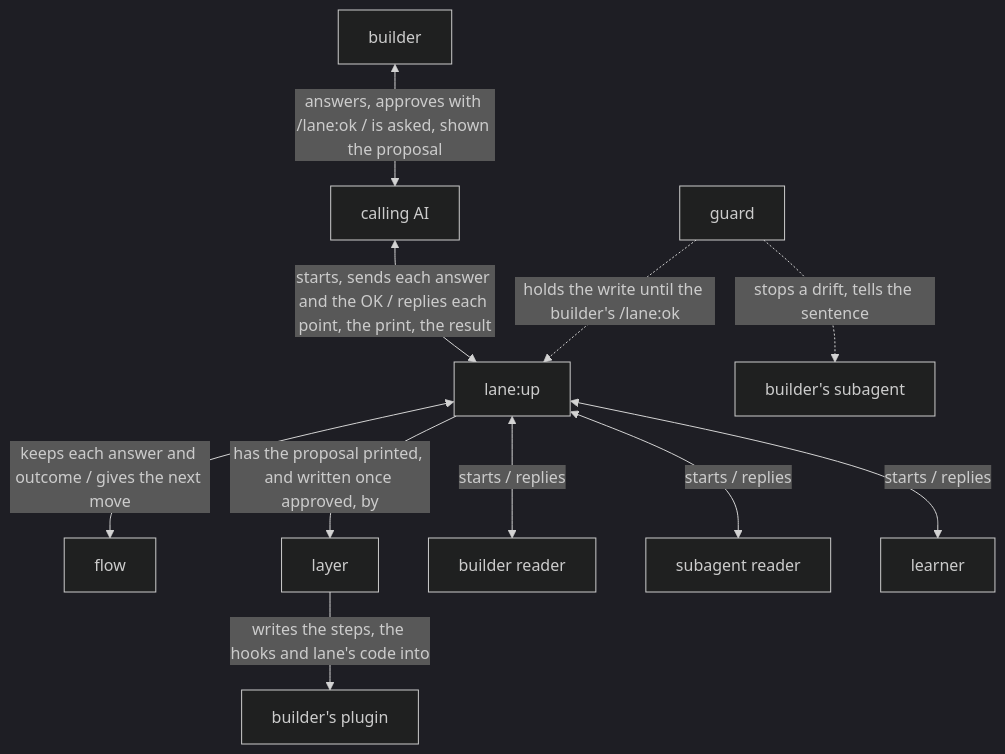
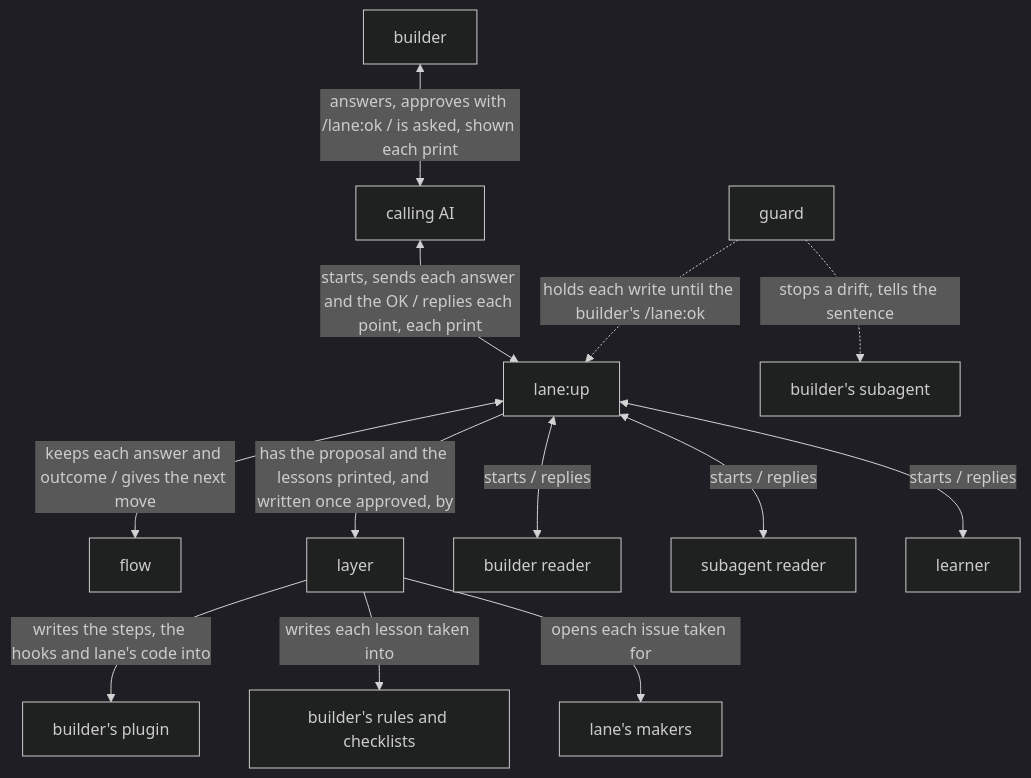
One commit to lovaizu/ccpm changed the diagram in dev/lane/design.md. Above: the diagram before and after it, drawn with Mermaid (dark theme). The commit also changed other lines of this file and 12 other files, not shown here.

````diff
--- a/dev/lane/design.md
+++ b/dev/lane/design.md
@@ -39,24 +39,28 @@
 ```mermaid
 flowchart TB
   builder["builder"]
   caller["calling AI"]
   up["lane:up"]
   flow["flow"]
   layer["layer"]
   br["builder reader"]
   sr["subagent reader"]
   le["learner"]
   plugin["builder's plugin"]
+  rules["builder's rules and checklists"]
+  makers["lane's makers"]
   guard["guard"]
   sub["builder's subagent"]
-  builder <-->|answers, approves with /lane:ok / is asked, shown the proposal| caller
-  caller <-->|starts, sends each answer and the OK / replies each point, the print, the result| up
+  builder <-->|answers, approves with /lane:ok / is asked, shown each print| caller
+  caller <-->|starts, sends each answer and the OK / replies each point, each print| up
   up <-->|keeps each answer and outcome / gives the next move| flow
-  up -->|has the proposal printed, and written once approved, by| layer
+  up -->|has the proposal and the lessons printed, and written once approved, by| layer
   up <-->|starts / replies| br
   up <-->|starts / replies| sr
   up <-->|starts / replies| le
   layer -->|writes the steps, the hooks and lane's code into| plugin
-  guard -.->|holds the write until the builder's /lane:ok| up
+  layer -->|writes each lesson taken into| rules
+  layer -->|opens each issue taken for| makers
+  guard -.->|holds each write until the builder's /lane:ok| up
   guard -.->|stops a drift, tells the sentence| sub
 ```
````
